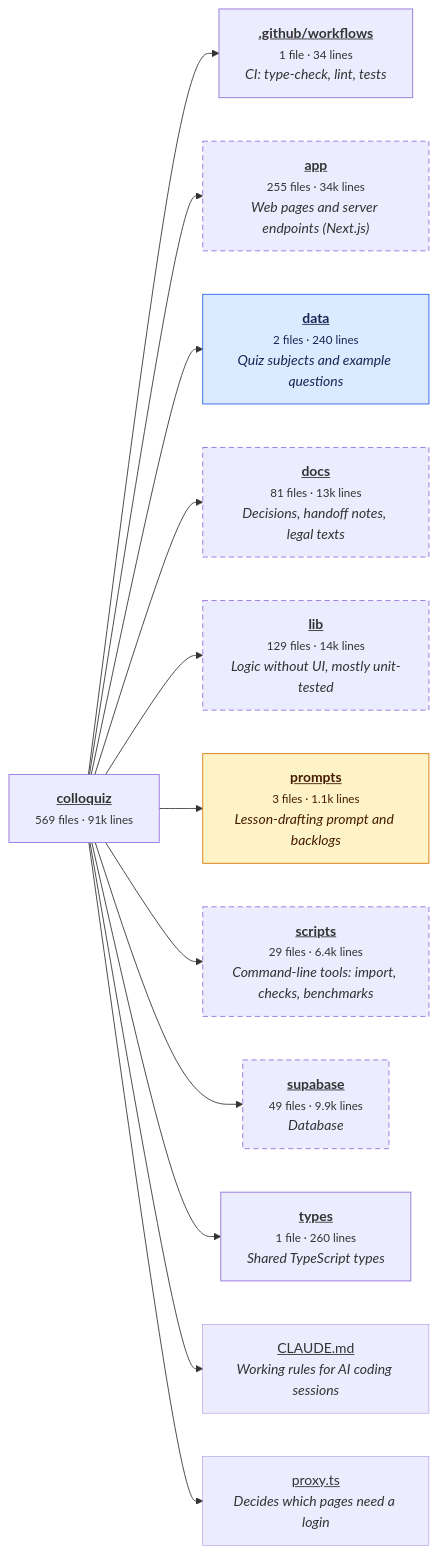
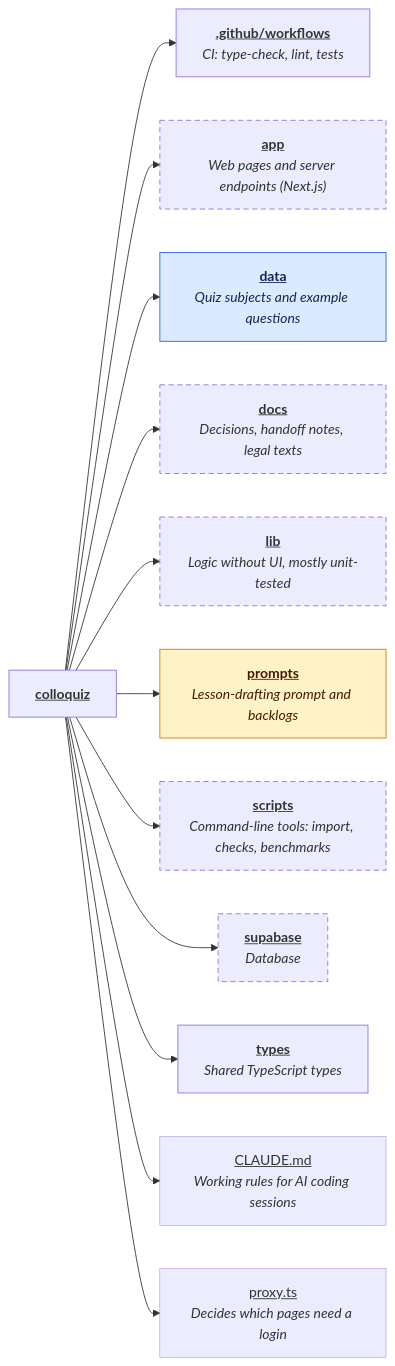
The first of 6 diagrams in README.md (JumpLikeFLEA/colloquiz), drawn with Mermaid before and after one commit. The commit also changed other lines of this file, not shown here.

````diff
--- a/README.md
+++ b/README.md
@@ -40,34 +40,34 @@
 ```mermaid
 flowchart LR
-  n0["<b><a href='https://github.com/JumpLikeFLEA/colloquiz' style='color:inherit'>colloquiz</a></b><br/><small>569 files · 91k lines</small>"]
-  n1["<b><a href='https://github.com/JumpLikeFLEA/colloquiz/tree/main/.github/workflows' style='color:inherit'>.github/workflows</a></b><br/><small>1 file · 34 lines</small><br/><i>CI: type-check, lint, tests</i>"]
-  n2["<b><a href='https://github.com/JumpLikeFLEA/colloquiz/tree/main/app' style='color:inherit'>app</a></b><br/><small>255 files · 34k lines</small><br/><i>Web pages and server endpoints (Next.js)</i>"]
-  n3["<b><a href='https://github.com/JumpLikeFLEA/colloquiz/tree/main/data' style='color:inherit'>data</a></b><br/><small>2 files · 240 lines</small><br/><i>Quiz subjects and example questions</i>"]
-  n4["<b><a href='https://github.com/JumpLikeFLEA/colloquiz/tree/main/docs' style='color:inherit'>docs</a></b><br/><small>81 files · 13k lines</small><br/><i>Decisions, handoff notes, legal texts</i>"]
-  n5["<b><a href='https://github.com/JumpLikeFLEA/colloquiz/tree/main/lib' style='color:inherit'>lib</a></b><br/><small>129 files · 14k lines</small><br/><i>Logic without UI, mostly unit-tested</i>"]
-  n6["<b><a href='https://github.com/JumpLikeFLEA/colloquiz/tree/main/prompts' style='color:inherit'>prompts</a></b><br/><small>3 files · 1.1k lines</small><br/><i>Lesson-drafting prompt and backlogs</i>"]
-  n7["<b><a href='https://github.com/JumpLikeFLEA/colloquiz/tree/main/scripts' style='color:inherit'>scripts</a></b><br/><small>29 files · 6.4k lines</small><br/><i>Command-line tools: import, checks, benchmarks</i>"]
-  n8["<b><a href='https://github.com/JumpLikeFLEA/colloquiz/tree/main/supabase' style='color:inherit'>supabase</a></b><br/><small>49 files · 9.9k lines</small><br/><i>Database</i>"]
-  n9["<b><a href='https://github.com/JumpLikeFLEA/colloquiz/tree/main/types' style='color:inherit'>types</a></b><br/><small>1 file · 260 lines</small><br/><i>Shared TypeScript types</i>"]
+  n0["<b><a href='https://github.com/JumpLikeFLEA/colloquiz' style='color:inherit'>colloquiz</a></b>"]
+  n1["<b><a href='https://github.com/JumpLikeFLEA/colloquiz/tree/main/.github/workflows' style='color:inherit'>.github/workflows</a></b><br/><i>CI: type-check, lint, tests</i>"]
+  n2["<b><a href='https://github.com/JumpLikeFLEA/colloquiz/tree/main/app' style='color:inherit'>app</a></b><br/><i>Web pages and server endpoints (Next.js)</i>"]
+  n3["<b><a href='https://github.com/JumpLikeFLEA/colloquiz/tree/main/data' style='color:inherit'>data</a></b><br/><i>Quiz subjects and example questions</i>"]
+  n4["<b><a href='https://github.com/JumpLikeFLEA/colloquiz/tree/main/docs' style='color:inherit'>docs</a></b><br/><i>Decisions, handoff notes, legal texts</i>"]
+  n5["<b><a href='https://github.com/JumpLikeFLEA/colloquiz/tree/main/lib' style='color:inherit'>lib</a></b><br/><i>Logic without UI, mostly unit-tested</i>"]
+  n6["<b><a href='https://github.com/JumpLikeFLEA/colloquiz/tree/main/prompts' style='color:inherit'>prompts</a></b><br/><i>Lesson-drafting prompt and backlogs</i>"]
+  n7["<b><a href='https://github.com/JumpLikeFLEA/colloquiz/tree/main/scripts' style='color:inherit'>scripts</a></b><br/><i>Command-line tools: import, checks, benchmarks</i>"]
+  n8["<b><a href='https://github.com/JumpLikeFLEA/colloquiz/tree/main/supabase' style='color:inherit'>supabase</a></b><br/><i>Database</i>"]
+  n9["<b><a href='https://github.com/JumpLikeFLEA/colloquiz/tree/main/types' style='color:inherit'>types</a></b><br/><i>Shared TypeScript types</i>"]
   n10["<a href='https://github.com/JumpLikeFLEA/colloquiz/blob/main/CLAUDE.md' style='color:inherit'>CLAUDE.md</a><br/><i>Working rules for AI coding sessions</i>"]
   n11["<a href='https://github.com/JumpLikeFLEA/colloquiz/blob/main/proxy.ts' style='color:inherit'>proxy.ts</a><br/><i>Decides which pages need a login</i>"]
   n0 --> n1
   n0 --> n2
   n0 --> n3
   n0 --> n4
   n0 --> n5
   n0 --> n6
   n0 --> n7
   n0 --> n8
   n0 --> n9
   n0 --> n10
   n0 --> n11
   classDef collapsed stroke-dasharray:6 4
   class n2,n4,n5,n7,n8 collapsed
   classDef g1 fill:#dbeafe,stroke:#2563eb,color:#172554
   class n3 g1
   classDef g0 fill:#fef3c7,stroke:#d97706,color:#451a03
   class n6 g0
   classDef file stroke-width:0.5px
   class n10,n11 file
 ```
````
